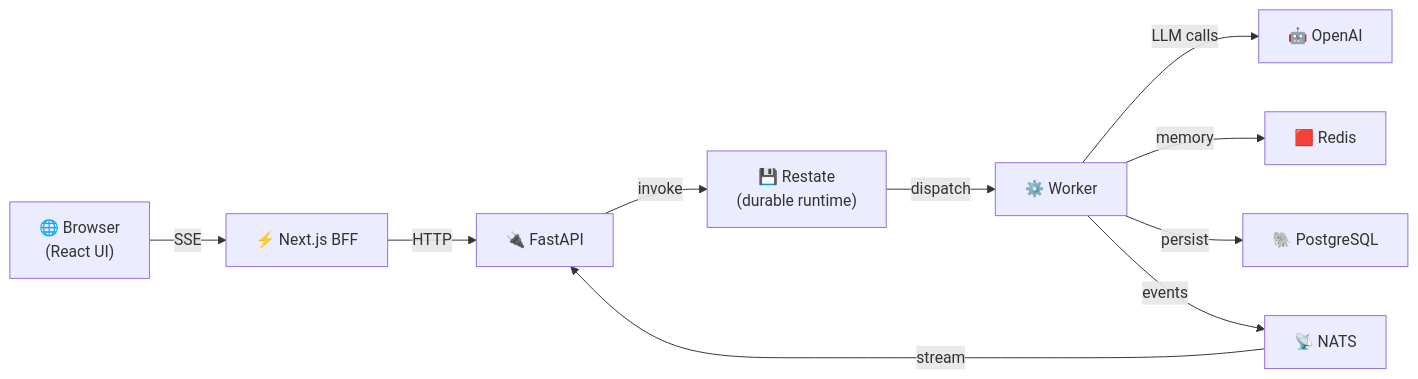
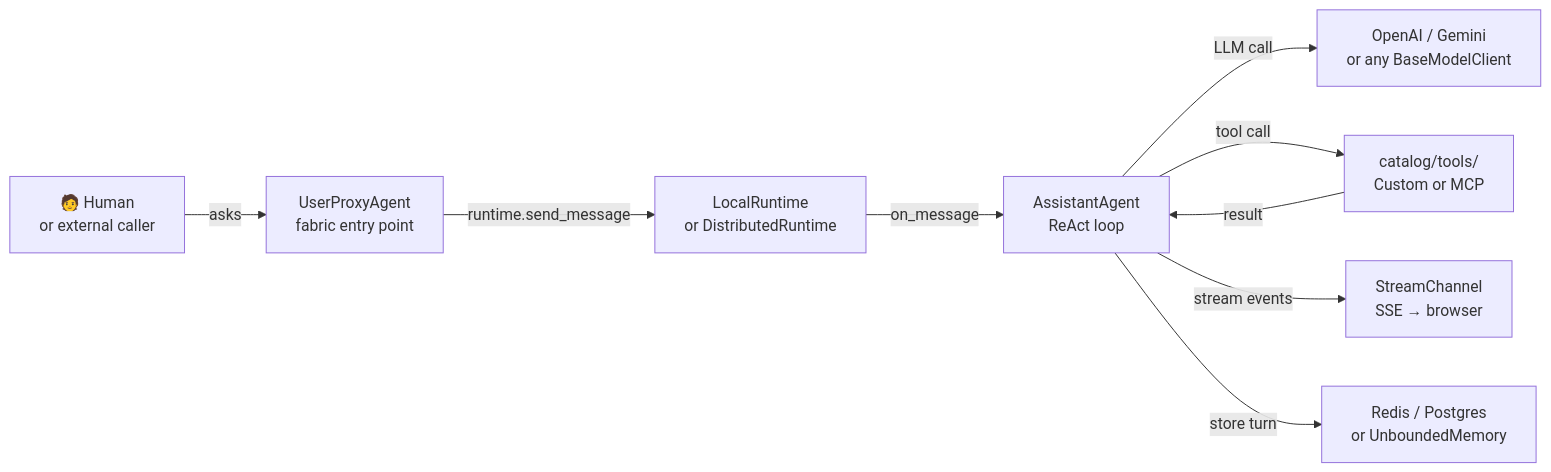
One commit to Ravikumarchavva/agent-substrate changed the first of 2 diagrams in agents/agent-substrate/docs/index.md. Above: the diagram before and after it, drawn with Mermaid. The commit also changed other lines of this file and 195 other files, not shown here.

````diff
--- a/agents/agent-substrate/docs/index.md
+++ b/agents/agent-substrate/docs/index.md
@@ -114,12 +62,11 @@
 ```mermaid
 graph LR
-    Browser["🌐 Browser<br>(React UI)"] -->|SSE| BFF["⚡ Next.js BFF"]
-    BFF -->|HTTP| API["🔌 FastAPI"]
-    API -->|invoke| Restate["💾 Restate<br>(durable runtime)"]
-    Restate -->|dispatch| Worker["⚙️ Worker"]
-    Worker -->|LLM calls| OpenAI["🤖 OpenAI"]
-    Worker -->|memory| Redis["🟥 Redis"]
-    Worker -->|persist| PG["🐘 PostgreSQL"]
-    Worker -->|events| NATS["📡 NATS"]
-    NATS -->|stream| API
+    Human["🧑 Human\nor external caller"] -->|asks| Proxy["UserProxyAgent\nfabric entry point"]
+    Proxy -->|runtime.send_message| Runtime["LocalRuntime\nor DistributedRuntime"]
+    Runtime -->|on_message| Agent["AssistantAgent\nReAct loop"]
+    Agent -->|LLM call| LLM["OpenAI / Gemini\nor any BaseModelClient"]
+    Agent -->|tool call| Tools["catalog/tools/\nCustom or MCP"]
+    Tools -->|result| Agent
+    Agent -->|stream events| Channel["StreamChannel\nSSE → browser"]
+    Agent -->|store turn| Memory["Redis / Postgres\nor UnboundedMemory"]
 ```
````
